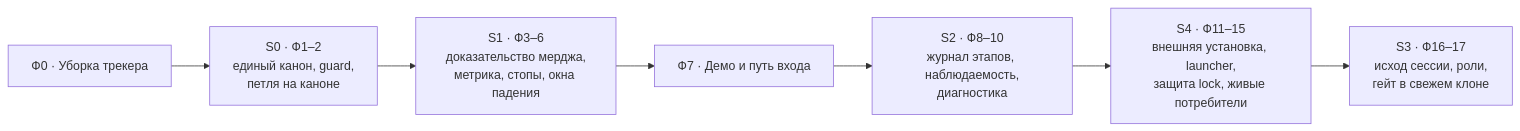
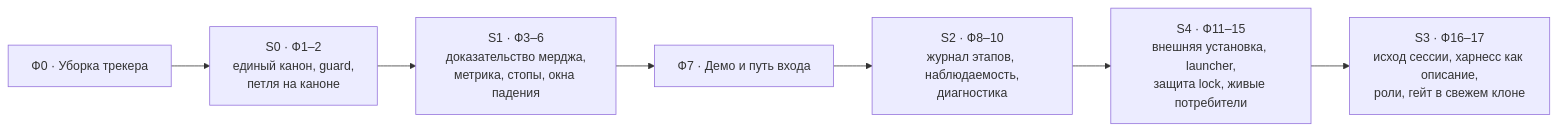
One commit to Pelmenya/ralph changed the diagram in docs/roadmap/roadmap.md. Above: the diagram before and after it, drawn with Mermaid. The commit also changed other lines of this file and 4 other files, not shown here.

````diff
--- a/docs/roadmap/roadmap.md
+++ b/docs/roadmap/roadmap.md
@@ -11,9 +11,9 @@
 ```mermaid
 flowchart LR
     F0["Ф0 · Уборка трекера"] --> S0["S0 · Ф1–2<br/>единый канон, guard,<br/>петля на каноне"]
     S0 --> S1["S1 · Ф3–6<br/>доказательство мерджа,<br/>метрика, стопы, окна падения"]
     S1 --> D["Ф7 · Демо и путь входа"]
     D --> S2["S2 · Ф8–10<br/>журнал этапов, наблюдаемость,<br/>диагностика"]
     S2 --> S4["S4 · Ф11–15<br/>внешняя установка, launcher,<br/>защита lock, живые потребители"]
-    S4 --> S3["S3 · Ф16–17<br/>исход сессии, роли,<br/>гейт в свежем клоне"]
+    S4 --> S3["S3 · Ф16–17<br/>исход сессии, харнесс как описание,<br/>роли, гейт в свежем клоне"]
 ```
````
